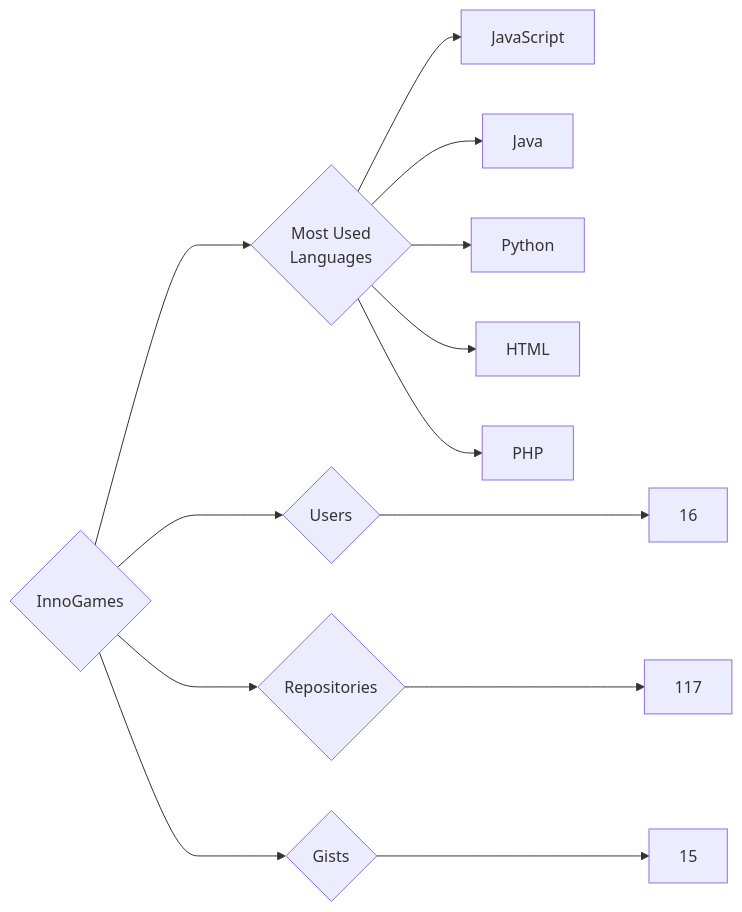
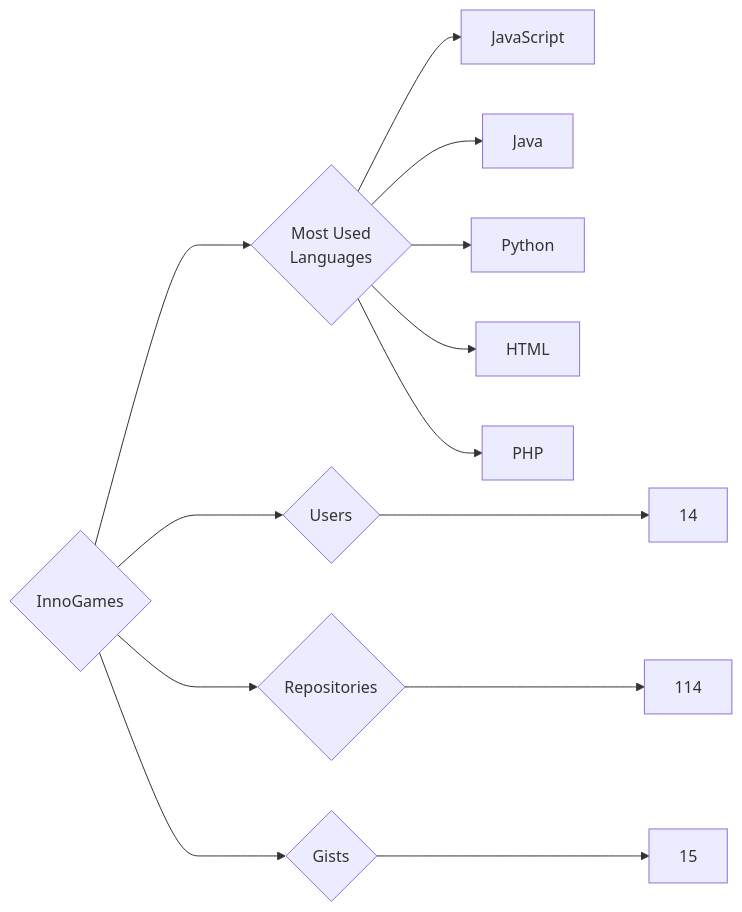
The diagram in targets/InnoGames/README.md (trickest/insiders), drawn with Mermaid before and after one commit. The commit also changed 636 other files, not shown here.

````diff
--- a/targets/InnoGames/README.md
+++ b/targets/InnoGames/README.md
@@ -3,13 +3,13 @@
 ```mermaid
 graph LR
 COMPANY_NAME{InnoGames}
-COMPANY_NAME ---> U{Users} ---> UN[16]
-COMPANY_NAME ---> R{Repositories} ---> RN[117]
+COMPANY_NAME ---> U{Users} ---> UN[14]
+COMPANY_NAME ---> R{Repositories} ---> RN[114]
 COMPANY_NAME ---> G{Gists} ---> GN[15]
 COMPANY_NAME ---> ML{Most Used<br>Languages}
 ML --> JavaScript[JavaScript]
 ML --> Java[Java]
 ML --> Python[Python]
 ML --> HTML[HTML]
 ML --> PHP[PHP]
 ```
````
